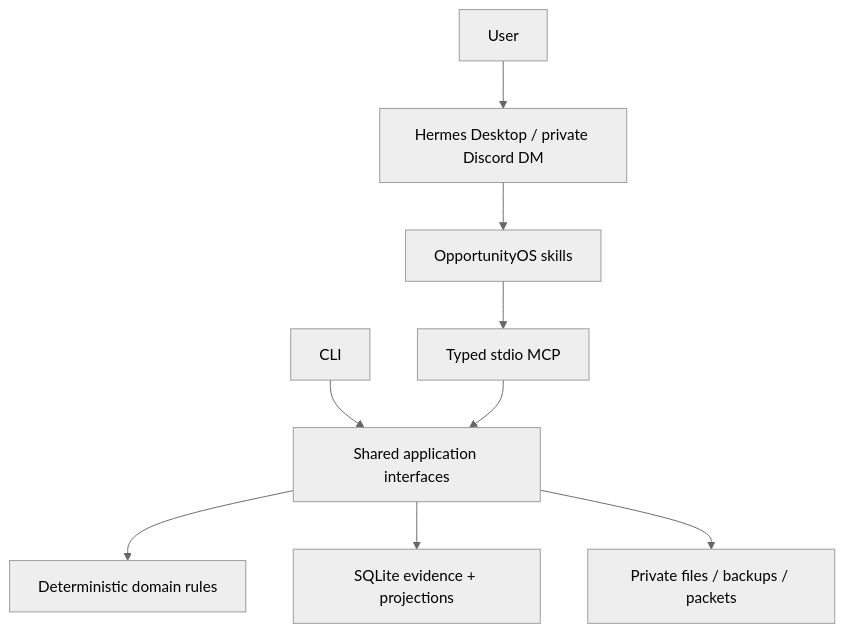
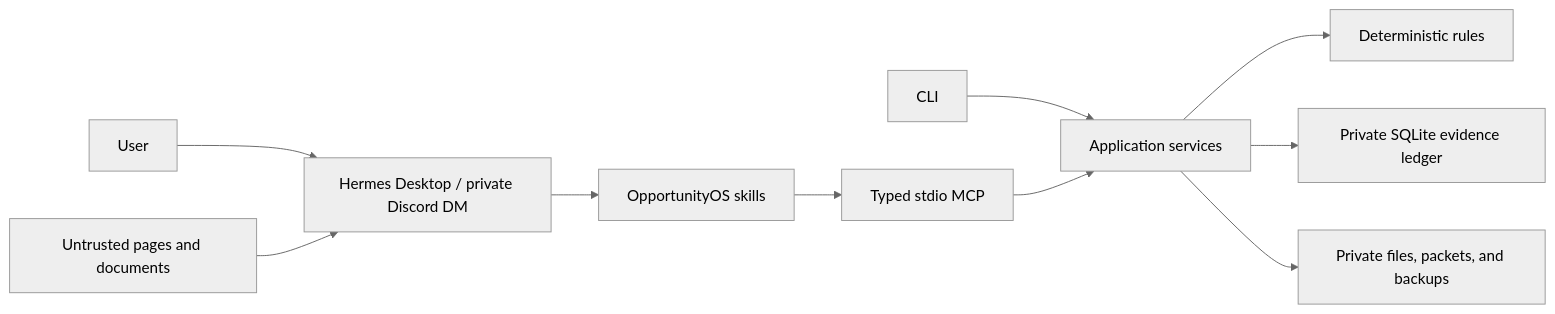
One commit to ChimdumebiNebolisa/OpportunityOS changed the diagram in README.md. Above: the diagram before and after it, drawn with Mermaid (neutral theme). The commit also changed other lines of this file, not shown here.

````diff
--- a/README.md
+++ b/README.md
@@ -23,11 +114,12 @@
 ```mermaid
-flowchart TD
+flowchart LR
     U["User"] --> H["Hermes Desktop / private Discord DM"]
-    H --> S["OpportunityOS skills"]
-    S --> M["Typed stdio MCP"]
-    C["CLI"] --> A["Shared application interfaces"]
+    W["Untrusted pages and documents"] --> H
+    H --> K["OpportunityOS skills"]
+    K --> M["Typed stdio MCP"]
+    C["CLI"] --> A["Application services"]
     M --> A
-    A --> D["Deterministic domain rules"]
-    A --> Q["SQLite evidence + projections"]
-    A --> P["Private files / backups / packets"]
+    A --> R["Deterministic rules"]
+    A --> D["Private SQLite evidence ledger"]
+    A --> F["Private files, packets, and backups"]
 ```
````
